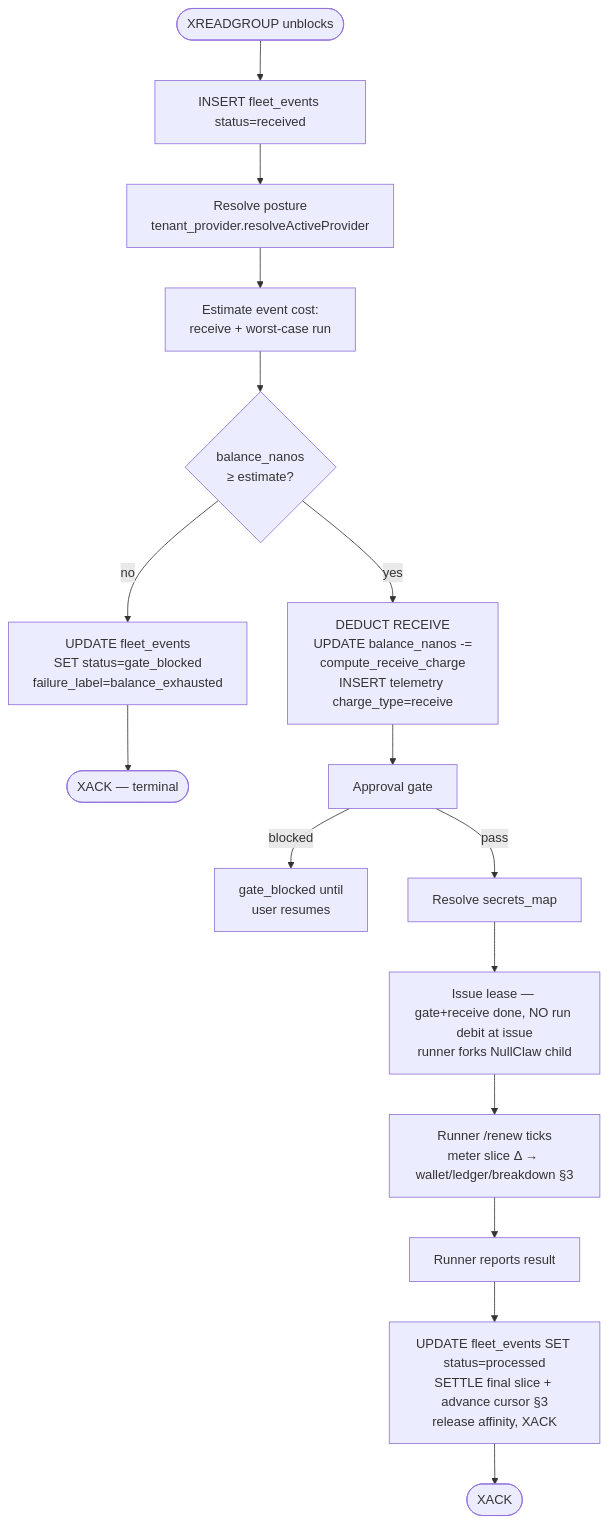
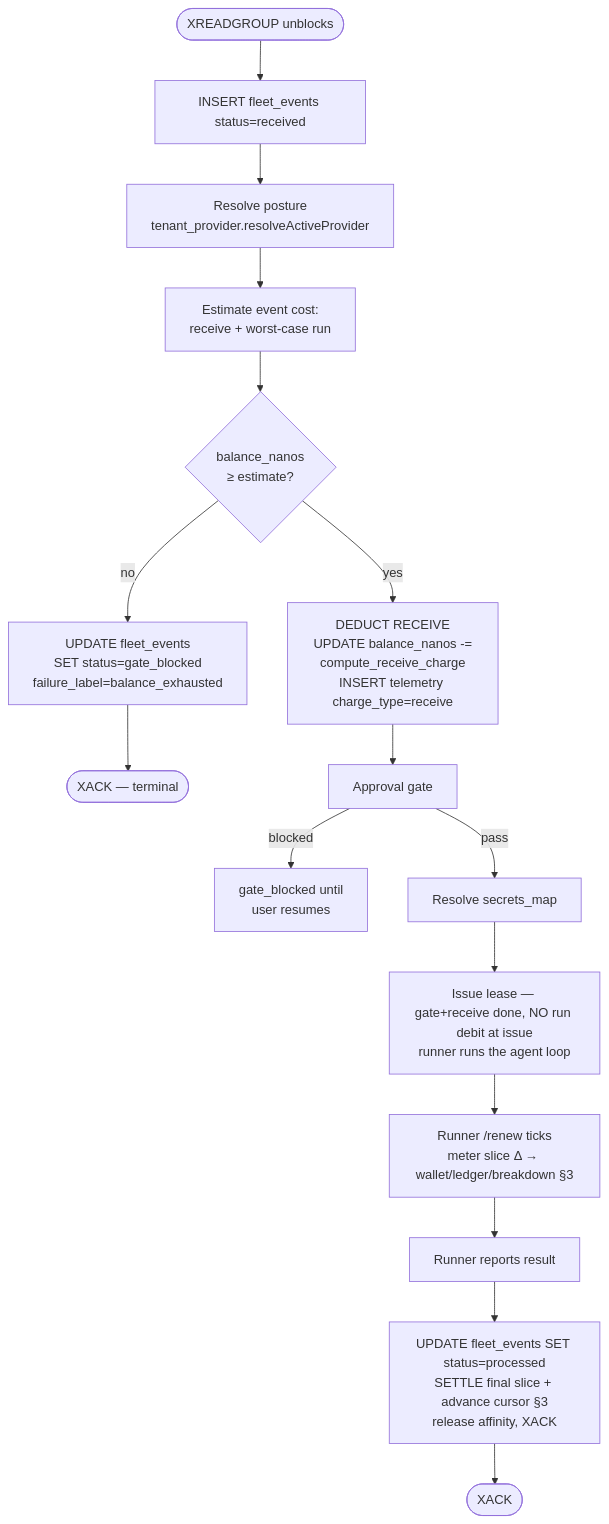
Before and after one commit to agentsfleet/agentsfleet: the diagram in docs/architecture/billing_and_provider_keys.md, drawn with Mermaid. The commit also changed other lines of this file and 60 other files, not shown here.

First line of the commit message:
docs(architecture): describe the Rust runner as current; point ui comments at Rust

````diff
--- a/docs/architecture/billing_and_provider_keys.md
+++ b/docs/architecture/billing_and_provider_keys.md
@@ -303,18 +303,18 @@
 ```mermaid
 flowchart TD
     A([XREADGROUP unblocks]) --> B[INSERT fleet_events status=received]
     B --> C[Resolve posture<br/>tenant_provider.resolveActiveProvider]
     C --> D[Estimate event cost:<br/>receive + worst-case run]
     D --> E{balance_nanos<br/>≥ estimate?}
     E -->|no| Block[UPDATE fleet_events<br/>SET status=gate_blocked<br/>failure_label=balance_exhausted]
     Block --> X1([XACK — terminal])
     E -->|yes| F[DEDUCT RECEIVE<br/>UPDATE balance_nanos -=<br/>compute_receive_charge<br/>INSERT telemetry charge_type=receive]
     F --> G[Approval gate]
     G -->|blocked| Wait[gate_blocked until<br/>user resumes]
     G -->|pass| H[Resolve secrets_map]
-    H --> J[Issue lease — gate+receive done, NO run debit at issue<br/>runner forks NullClaw child]
+    H --> J[Issue lease — gate+receive done, NO run debit at issue<br/>runner runs the agent loop]
     J --> Renew[Runner /renew ticks<br/>meter slice Δ → wallet/ledger/breakdown §3]
     Renew --> K[Runner reports result]
     K --> L[UPDATE fleet_events SET status=processed<br/>SETTLE final slice + advance cursor §3<br/>release affinity, XACK]
     L --> X2([XACK])
 ```
````
